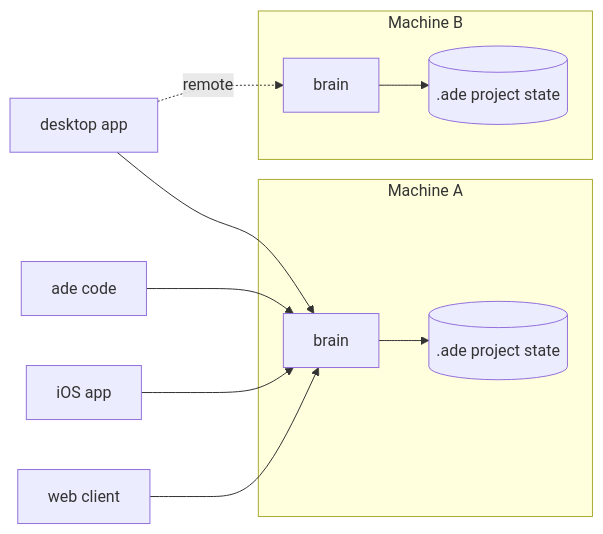
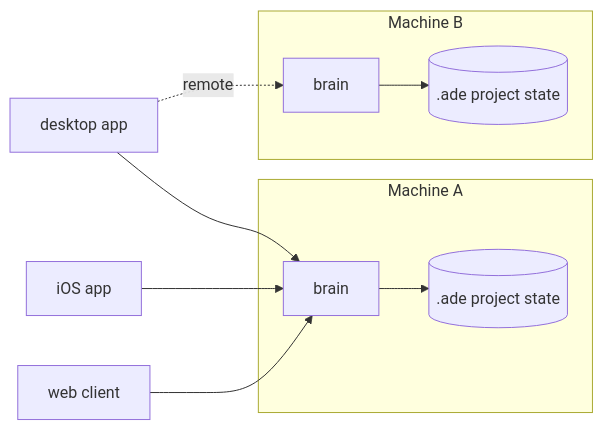
The diagram in concepts/machines-and-clients.mdx (arul28/ADE), drawn with Mermaid before and after one commit. The commit also changed other lines of this file and 429 other files, not shown here.

First line of the commit message:
Remove ADE Code, the terminal UI

````diff
--- a/concepts/machines-and-clients.mdx
+++ b/concepts/machines-and-clients.mdx
@@ -11,14 +11,13 @@
 ```mermaid
 flowchart LR
   subgraph Machine A
     BrainA[brain] --> StoreA[(".ade project state")]
   end
   subgraph Machine B
     BrainB[brain] --> StoreB[(".ade project state")]
   end
   Desktop[desktop app] --> BrainA
-  TUI[ade code] --> BrainA
   Phone[iOS app] --> BrainA
   Web[web client] --> BrainA
   Desktop -. remote .-> BrainB
 ```
````
